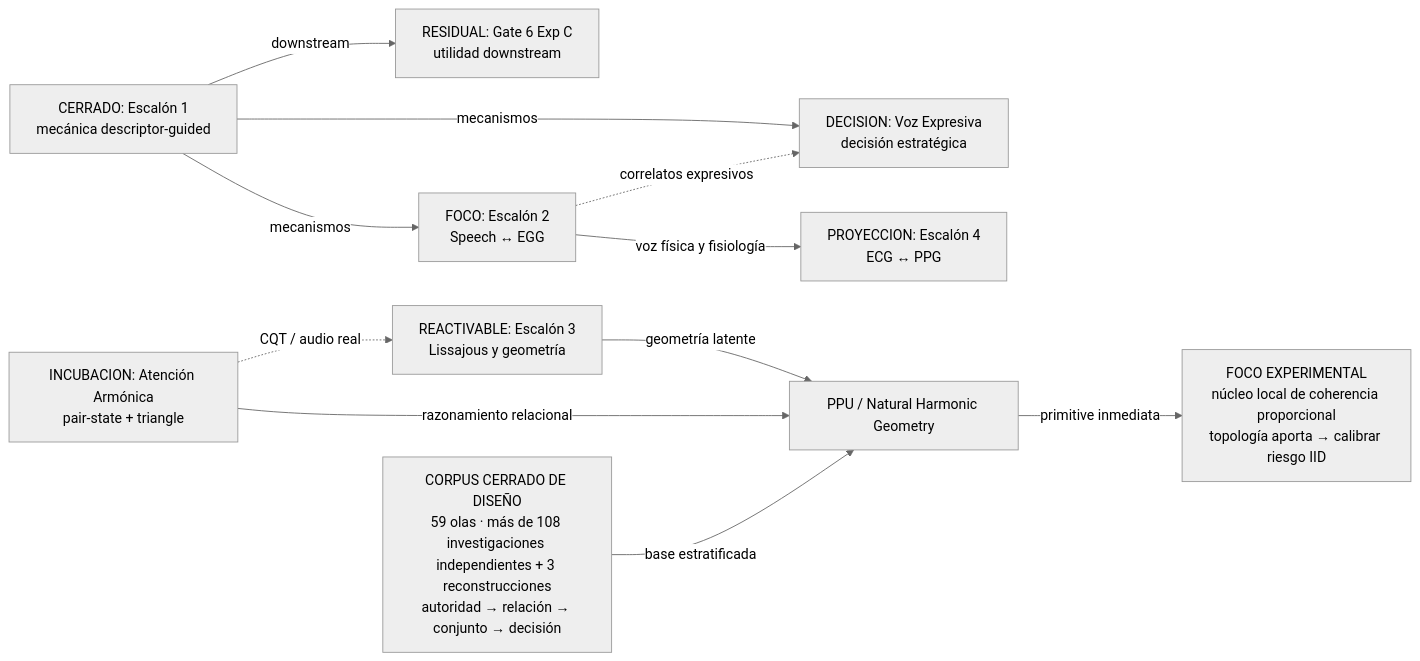
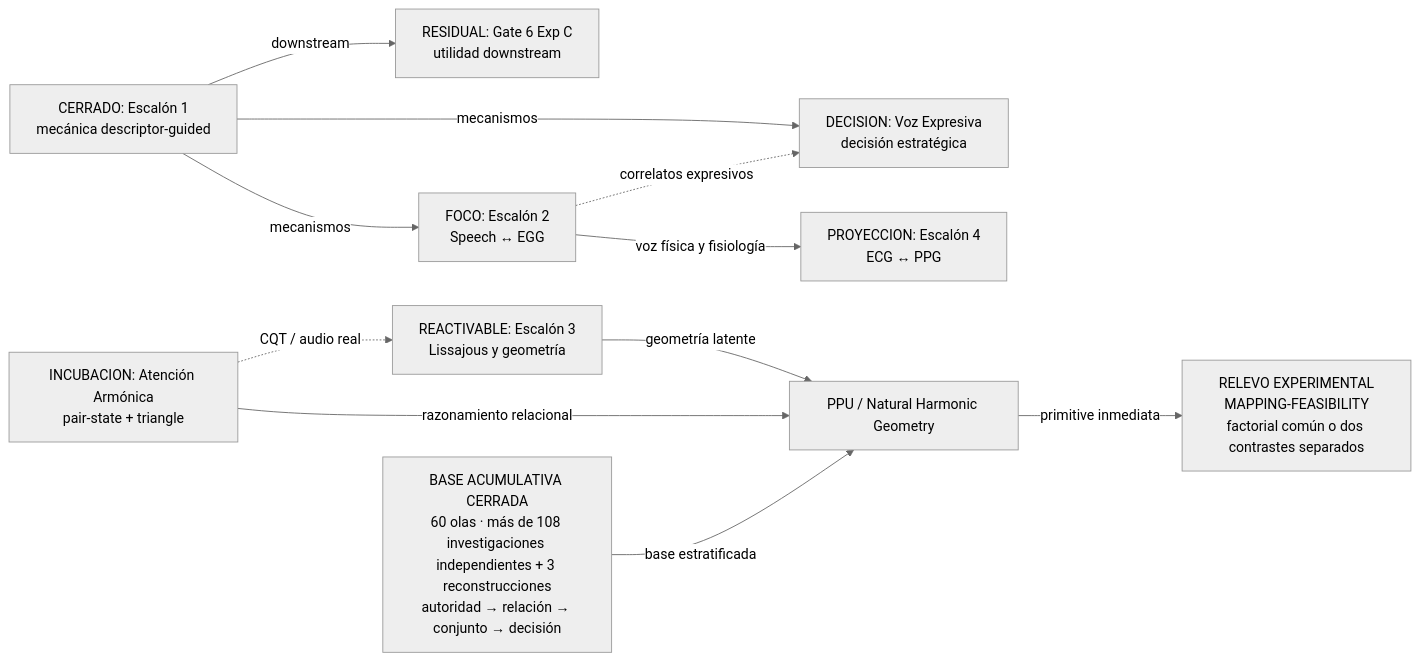
One commit to Mar-IA-no/Phideus changed the first of 2 diagrams in Documents/05_WIKI/MAPA_VISUAL_DEL_PROGRAMA.md. Above: the diagram before and after it, drawn with Mermaid (neutral theme). The commit also changed other lines of this file and 9 other files, not shown here.

````diff
--- a/Documents/05_WIKI/MAPA_VISUAL_DEL_PROGRAMA.md
+++ b/Documents/05_WIKI/MAPA_VISUAL_DEL_PROGRAMA.md
@@ -62,24 +66,24 @@
 ```mermaid
 flowchart LR
     E1["CERRADO: Escalón 1<br/>mecánica descriptor-guided"]
     G6["RESIDUAL: Gate 6 Exp C<br/>utilidad downstream"]
     E2["FOCO: Escalón 2<br/>Speech ↔ EGG"]
     VE["DECISION: Voz Expresiva<br/>decisión estratégica"]
     E3["REACTIVABLE: Escalón 3<br/>Lissajous y geometría"]
     AA["INCUBACION: Atención Armónica<br/>pair-state + triangle"]
     E4["PROYECCION: Escalón 4<br/>ECG ↔ PPG"]
     PPU["PPU / Natural Harmonic Geometry"]
-    GT["CORPUS CERRADO DE DISEÑO<br/>59 olas · más de 108 investigaciones independientes + 3 reconstrucciones<br/>autoridad → relación → conjunto → decisión"]
-    NCP["FOCO EXPERIMENTAL<br/>núcleo local de coherencia proporcional<br/>topología aporta → calibrar riesgo IID"]
+    GT["BASE ACUMULATIVA CERRADA<br/>60 olas · más de 108 investigaciones independientes + 3 reconstrucciones<br/>autoridad → relación → conjunto → decisión"]
+    NCP["RELEVO EXPERIMENTAL<br/>MAPPING-FEASIBILITY<br/>factorial común o dos contrastes separados"]
 
     E1 -->|mecanismos| E2
     E1 -->|mecanismos| VE
     E1 -->|downstream| G6
     E2 -->|voz física y fisiología| E4
     E2 -.->|correlatos expresivos| VE
     E3 -->|geometría latente| PPU
     AA -->|razonamiento relacional| PPU
     GT -->|base estratificada| PPU
     PPU -->|primitive inmediata| NCP
     AA -.->|CQT / audio real| E3
 ```
````
